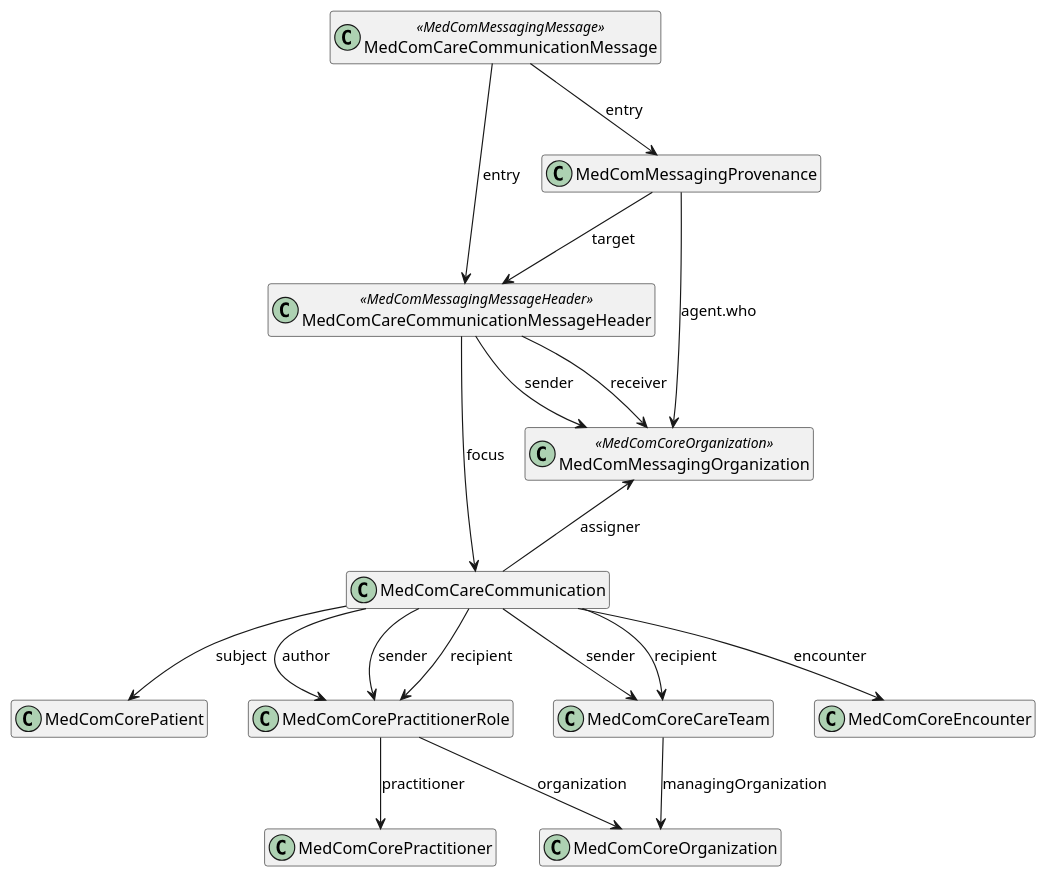
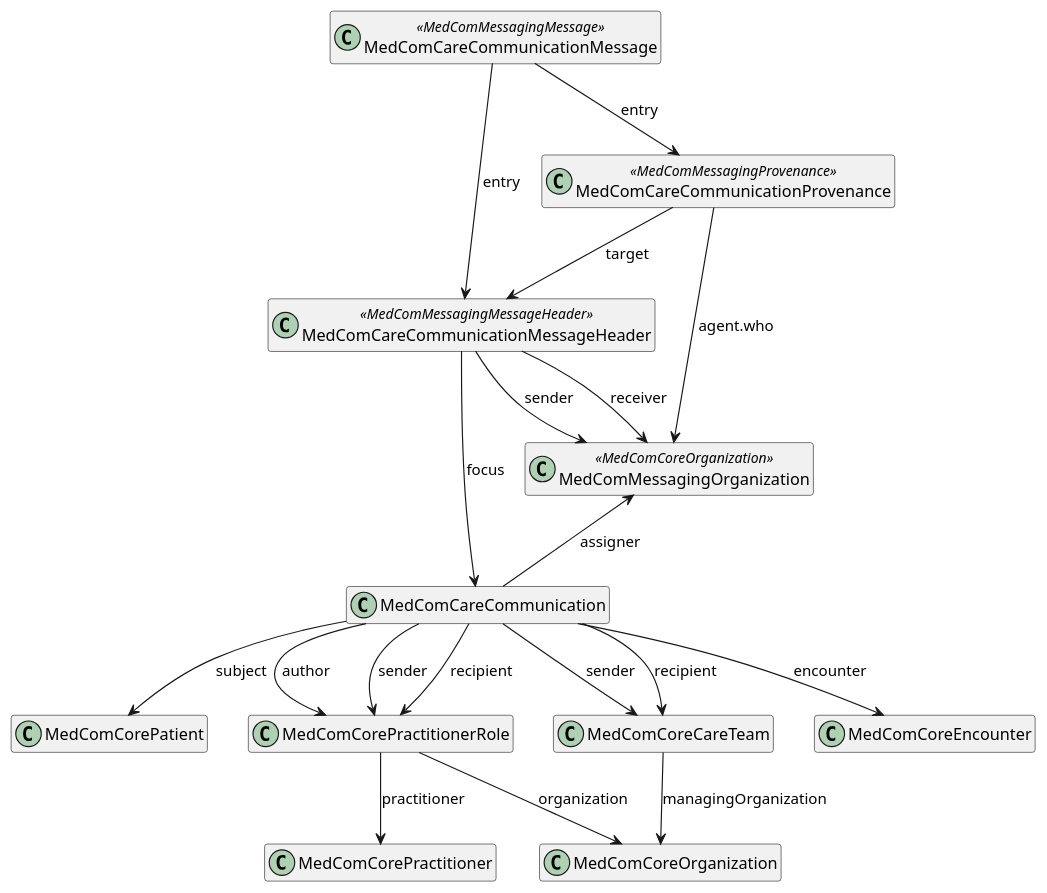
One commit to medcomdk/dk-medcom-carecommunication changed the diagram in puml/CareCommunication.puml. Above: the diagram before and after it, drawn with PlantUML. The commit also changed 36 other files, not shown here.

```diff
--- a/puml/CareCommunication.puml
+++ b/puml/CareCommunication.puml
@@ -1,39 +1,39 @@
 @startuml CareCommunication
 
 hide empty members
 
 top to bottom direction
 
 class "MedComCareCommunicationMessage" as message <<MedComMessagingMessage>>
 class "MedComCareCommunicationMessageHeader" as messageheader <<MedComMessagingMessageHeader>>
-class "MedComMessagingProvenance" as provenance
+class "MedComCareCommunicationProvenance" as provenance <<MedComMessagingProvenance>>
 class "MedComMessagingOrganization" as messagingOrganization <<MedComCoreOrganization>>
 class "MedComCareCommunication" as communication
 class "MedComCorePatient" as patient
 class "MedComCorePractitionerRole" as pracRole
 class "MedComCoreCareTeam" as careteam
 class "MedComCorePractitioner" as author
 class "MedComCoreEncounter" as encounter
 class "MedComCoreOrganization" as organization
 
 message --> messageheader : "entry"
 messageheader --> communication : "focus"
 communication --> patient : "subject"
 communication --> pracRole : "author"
 message --> provenance : "entry"
 provenance --> messageheader : "target" 
 provenance --> messagingOrganization : "agent.who"
 communication --> careteam : "sender"
 communication --> careteam : "recipient"
 communication --> pracRole : "sender"
 communication --> pracRole : "recipient"
 messagingOrganization <-- communication : "assigner"
 pracRole --> author : "practitioner"
 pracRole --> organization : "organization"
 careteam --> organization : "managingOrganization"
 communication --> encounter : "encounter"
 
 
 messageheader --> messagingOrganization : "receiver"
 messageheader --> messagingOrganization : "sender"
 @enduml
```
